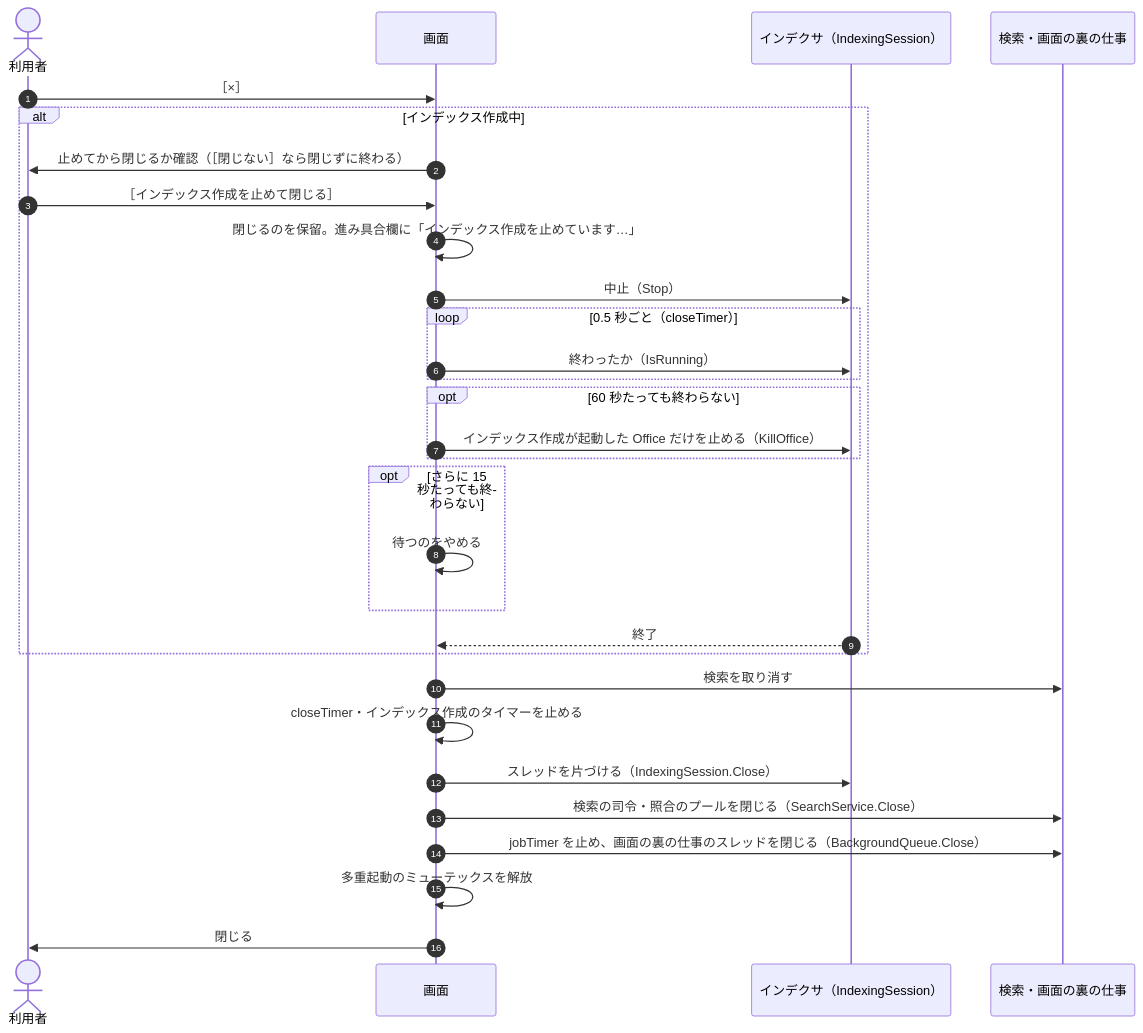
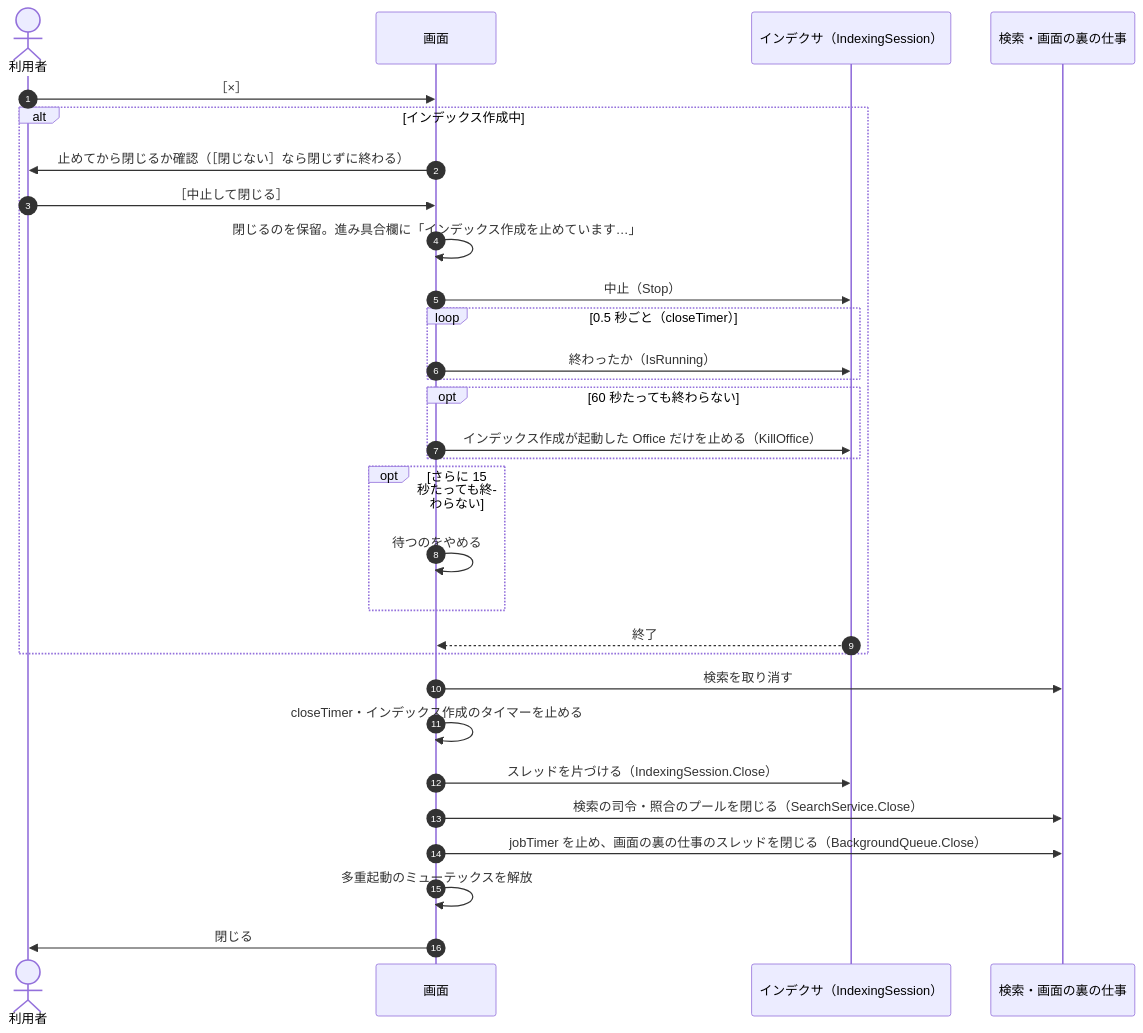
One commit to hsgwa/tebunko changed the fifth of 5 diagrams in docs/design/gui/state-flow.md. Above: the diagram before and after it, drawn with Mermaid. The commit also changed other lines of this file and 43 other files, not shown here.

````diff
--- a/docs/design/gui/state-flow.md
+++ b/docs/design/gui/state-flow.md
@@ -165,33 +165,33 @@
 ```mermaid
 sequenceDiagram
     autonumber
     actor U as 利用者
     participant G as 画面
     participant P as インデクサ（IndexingSession）
     participant S as 検索・画面の裏の仕事
 
     U->>G: ［×］
     alt インデックス作成中
         G->>U: 止めてから閉じるか確認（［閉じない］なら閉じずに終わる）
-        U->>G: ［インデックス作成を止めて閉じる］
+        U->>G: ［中止して閉じる］
         G->>G: 閉じるのを保留。進み具合欄に「インデックス作成を止めています…」
         G->>P: 中止（Stop）
         loop 0.5 秒ごと（closeTimer）
             G->>P: 終わったか（IsRunning）
         end
         opt 60 秒たっても終わらない
             G->>P: インデックス作成が起動した Office だけを止める（KillOffice）
         end
         opt さらに 15 秒たっても終わらない
             G->>G: 待つのをやめる
         end
         P-->>G: 終了
     end
     G->>S: 検索を取り消す
     G->>G: closeTimer・インデックス作成のタイマーを止める
     G->>P: スレッドを片づける（IndexingSession.Close）
     G->>S: 検索の司令・照合のプールを閉じる（SearchService.Close）
     G->>S: jobTimer を止め、画面の裏の仕事のスレッドを閉じる（BackgroundQueue.Close）
     G->>G: 多重起動のミューテックスを解放
     G->>U: 閉じる
 ```
````
